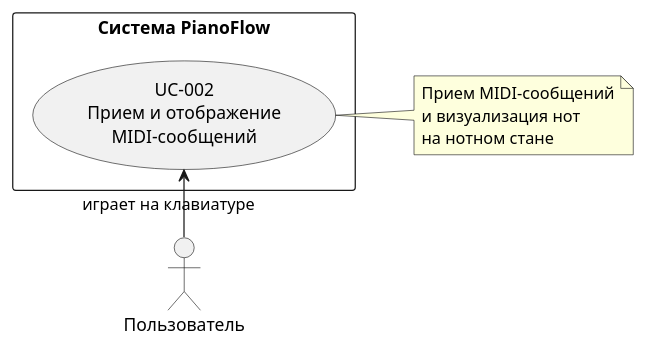
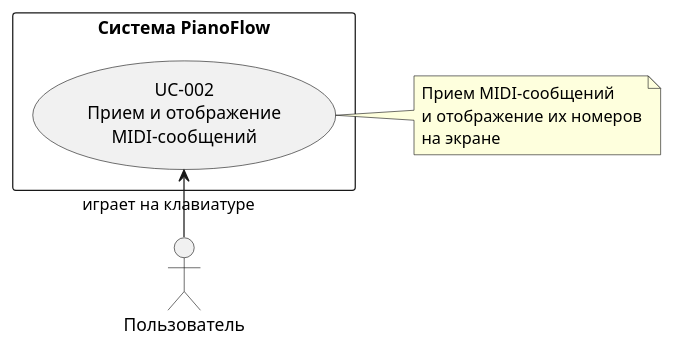
The first of 2 diagrams in docs/uc/MIDI_MESSAGE_PROCESSING.md (astrizhachuk/PianoFlow), drawn with PlantUML before and after one commit. The commit also changed other lines of this file and 5 other files, not shown here.

First line of the commit message:
docs: уточнить терминологию MIDI-портов и отображение нот

````diff
--- a/docs/uc/MIDI_MESSAGE_PROCESSING.md
+++ b/docs/uc/MIDI_MESSAGE_PROCESSING.md
@@ -20,18 +20,18 @@
 ```plantuml
 @startuml
 left to right direction
 actor Пользователь as User
 rectangle "Система PianoFlow" {
   usecase UC2 as "UC-002\nПрием и отображение\nMIDI-сообщений"
 }
 
 User -> UC2 : играет на клавиатуре
 
 note right of UC2
   Прием MIDI-сообщений
-  и визуализация нот
-  на нотном стане
+  и отображение их номеров
+  на экране
 end note
 
 @enduml
 ```
````
